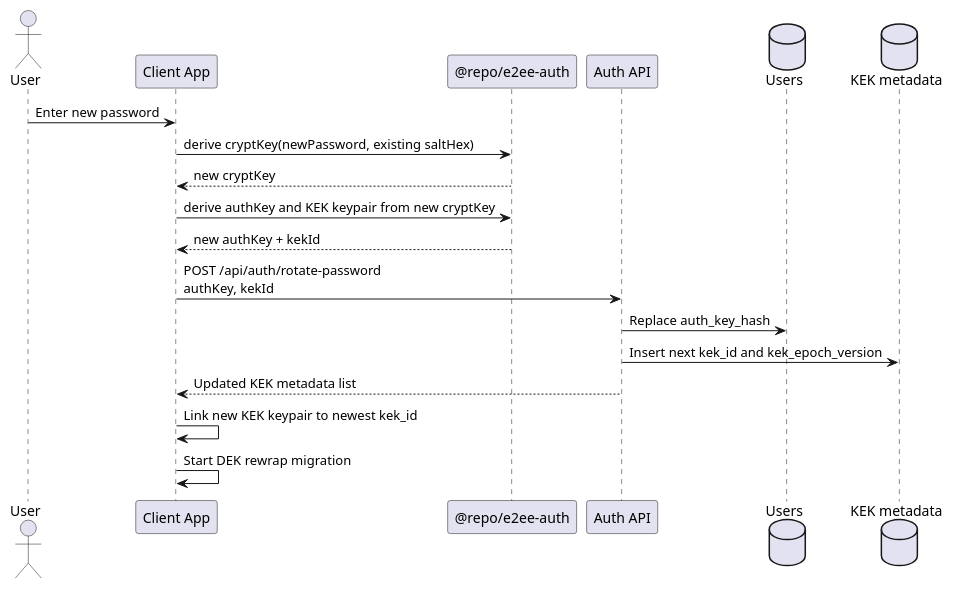
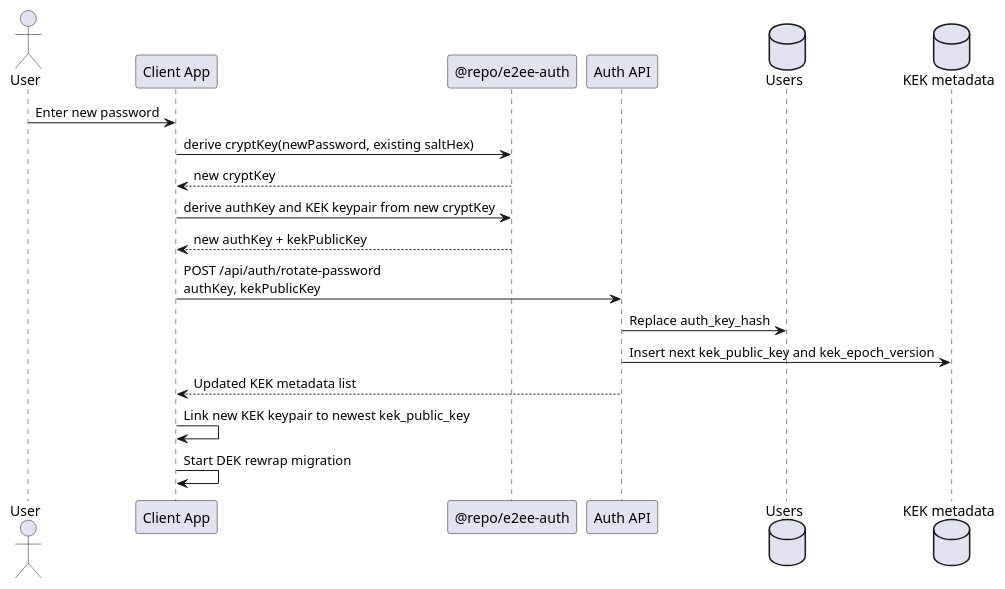
Before and after one commit to benedikt-weyer/preset-reactnative-expo-frontend-rust-backend-e2ee-github: the first of 2 diagrams in apps/docs/docs/auth-password-rotation.md, drawn with PlantUML. The commit also changed other lines of this file and 27 other files, not shown here.

````diff
--- a/apps/docs/docs/auth-password-rotation.md
+++ b/apps/docs/docs/auth-password-rotation.md
@@ -24,24 +24,24 @@
 ```plantuml format="svg_inline" alt="Password rotation sequence" title="Password rotation sequence"
 @startuml
 skinparam shadowing false
 
 actor User
 participant "Client App" as Client
 participant "@repo/e2ee-auth" as Shared
 participant "Auth API" as Api
 database "Users" as Users
 database "KEK metadata" as KekMeta
 
 User -> Client: Enter new password
 Client -> Shared: derive cryptKey(newPassword, existing saltHex)
 Shared --> Client: new cryptKey
 Client -> Shared: derive authKey and KEK keypair from new cryptKey
-Shared --> Client: new authKey + kekId
-Client -> Api: POST /api/auth/rotate-password\nauthKey, kekId
+Shared --> Client: new authKey + kekPublicKey
+Client -> Api: POST /api/auth/rotate-password\nauthKey, kekPublicKey
 Api -> Users: Replace auth_key_hash
-Api -> KekMeta: Insert next kek_id and kek_epoch_version
+Api -> KekMeta: Insert next kek_public_key and kek_epoch_version
 Api --> Client: Updated KEK metadata list
-Client -> Client: Link new KEK keypair to newest kek_id
+Client -> Client: Link new KEK keypair to newest kek_public_key
 Client -> Client: Start DEK rewrap migration
 @enduml
 ```
````
